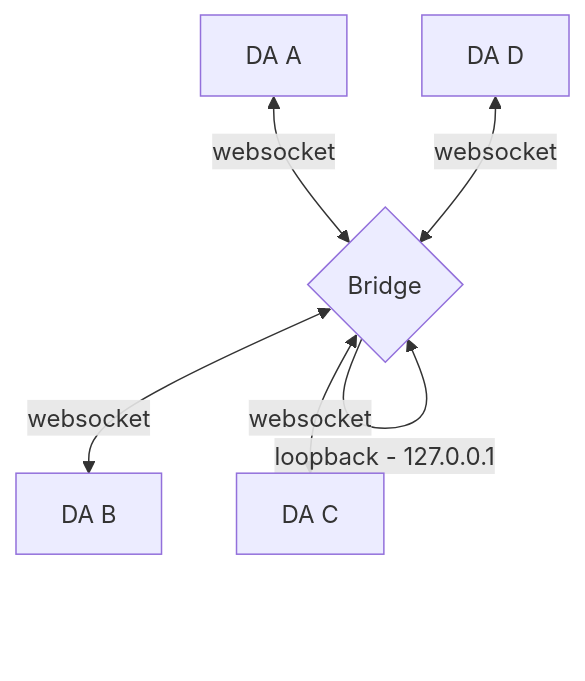
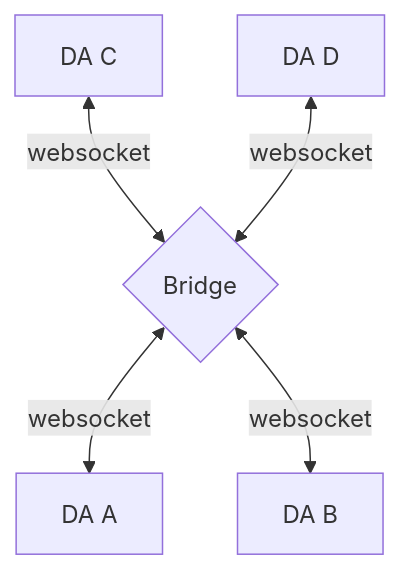
One commit to finos/FDC3 changed the first of 3 diagrams in docs/api-bridging/spec.md. Above: the diagram before and after it, drawn with Mermaid. The commit also changed other lines of this file, not shown here.

````diff
--- a/docs/api-bridging/spec.md
+++ b/docs/api-bridging/spec.md
@@ -32,13 +51,12 @@
 ```mermaid
 flowchart TD;
     A[DA A]
     B[DA B]
     C[DA C]
     D[DA D]
     E{Bridge} 
-    A <--> |websocket| E
+    E <--> |websocket| A
     E <--> |websocket| B
-    E <--> |websocket| C
+    C <--> |websocket| E
     D <--> |websocket| E
-    E --> |loopback - 127.0.0.1| E
 ```
````
